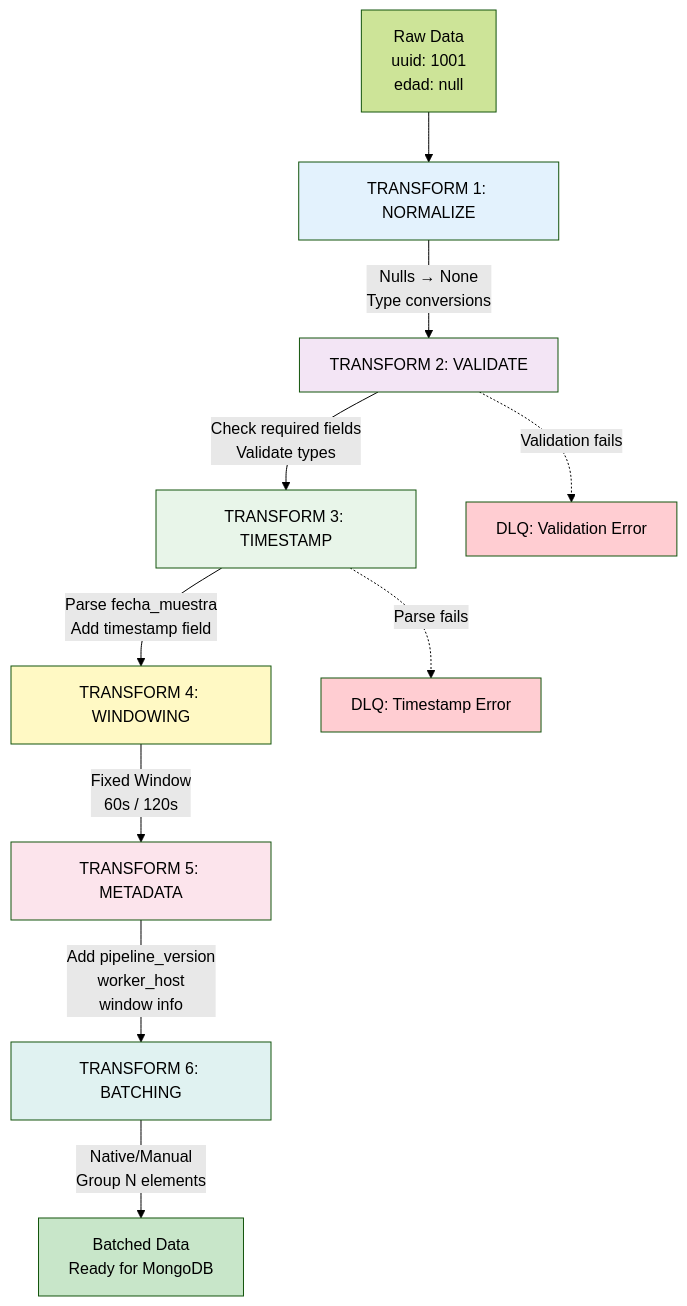
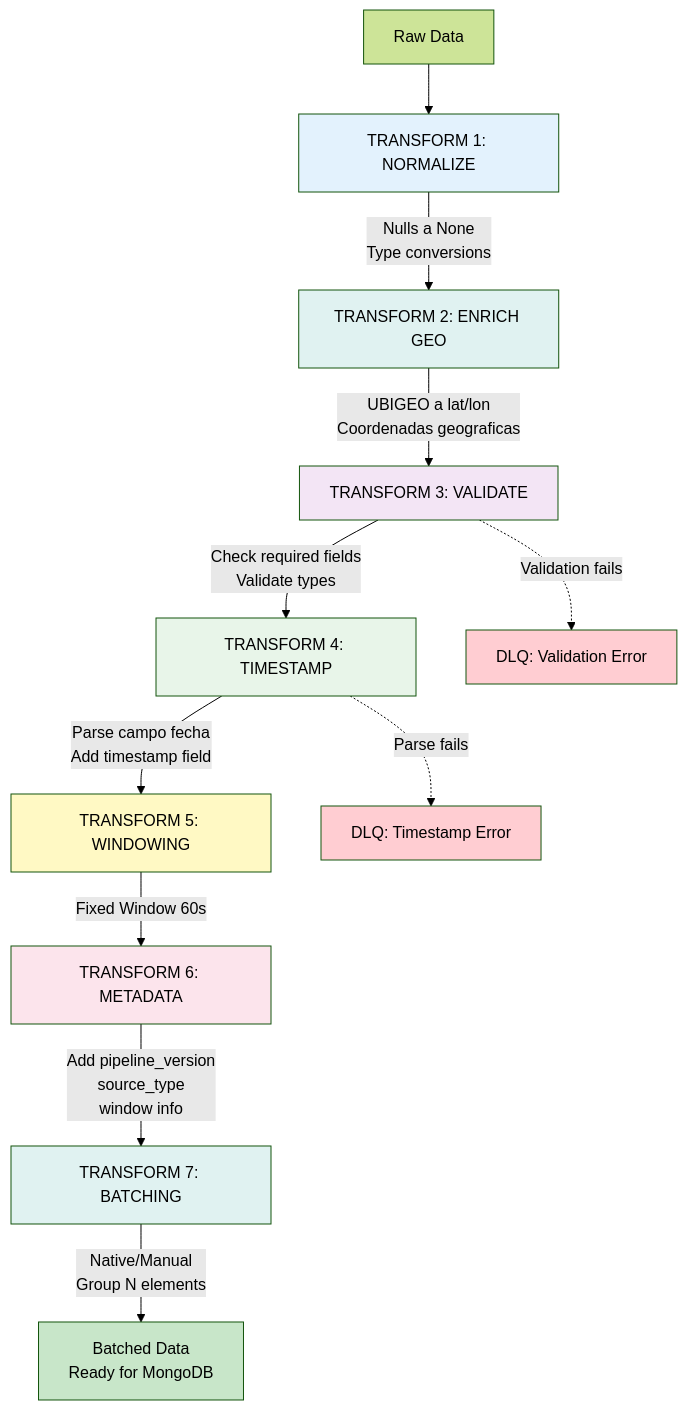
Before and after one commit to arthur8davis/tfm-dataflow-architecture: the fifth of 9 diagrams in README.md, drawn with Mermaid (forest theme). The commit also changed other lines of this file and 9 other files, not shown here.

````diff
--- a/README.md
+++ b/README.md
@@ -215,29 +247,32 @@
 ```mermaid
 flowchart TD
-    Input[Raw Data<br/>uuid: 1001<br/>edad: null] --> T1[TRANSFORM 1: NORMALIZE]
+    Input[Raw Data] --> T1[TRANSFORM 1: NORMALIZE]
 
-    T1 --> |Nulls → None<br/>Type conversions| T2[TRANSFORM 2: VALIDATE]
+    T1 --> |Nulls a None<br/>Type conversions| T2[TRANSFORM 2: ENRICH GEO]
 
-    T2 --> |Check required fields<br/>Validate types| T3[TRANSFORM 3: TIMESTAMP]
+    T2 --> |UBIGEO a lat/lon<br/>Coordenadas geograficas| T3[TRANSFORM 3: VALIDATE]
 
-    T3 --> |Parse fecha_muestra<br/>Add timestamp field| T4[TRANSFORM 4: WINDOWING]
+    T3 --> |Check required fields<br/>Validate types| T4[TRANSFORM 4: TIMESTAMP]
 
-    T4 --> |Fixed Window<br/>60s / 120s| T5[TRANSFORM 5: METADATA]
+    T4 --> |Parse campo fecha<br/>Add timestamp field| T5[TRANSFORM 5: WINDOWING]
 
-    T5 --> |Add pipeline_version<br/>worker_host<br/>window info| T6[TRANSFORM 6: BATCHING]
+    T5 --> |Fixed Window 60s| T6[TRANSFORM 6: METADATA]
 
-    T6 --> |Native/Manual<br/>Group N elements| Output[Batched Data<br/>Ready for MongoDB]
+    T6 --> |Add pipeline_version<br/>source_type<br/>window info| T7[TRANSFORM 7: BATCHING]
 
-    T2 -.->|Validation fails| DLQ_V[DLQ: Validation Error]
-    T3 -.->|Parse fails| DLQ_T[DLQ: Timestamp Error]
+    T7 --> |Native/Manual<br/>Group N elements| Output[Batched Data<br/>Ready for MongoDB]
+
+    T3 -.->|Validation fails| DLQ_V[DLQ: Validation Error]
+    T4 -.->|Parse fails| DLQ_T[DLQ: Timestamp Error]
 
     style T1 fill:#e3f2fd
-    style T2 fill:#f3e5f5
-    style T3 fill:#e8f5e9
-    style T4 fill:#fff9c4
-    style T5 fill:#fce4ec
-    style T6 fill:#e0f2f1
+    style T2 fill:#e0f2f1
+    style T3 fill:#f3e5f5
+    style T4 fill:#e8f5e9
+    style T5 fill:#fff9c4
+    style T6 fill:#fce4ec
+    style T7 fill:#e0f2f1
     style Output fill:#c8e6c9
     style DLQ_V fill:#ffcdd2
     style DLQ_T fill:#ffcdd2
 ```
````
